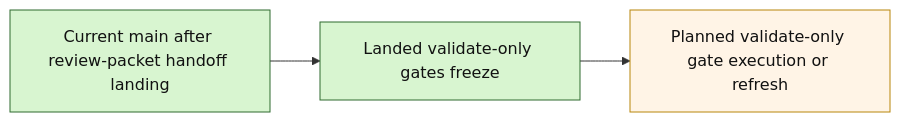
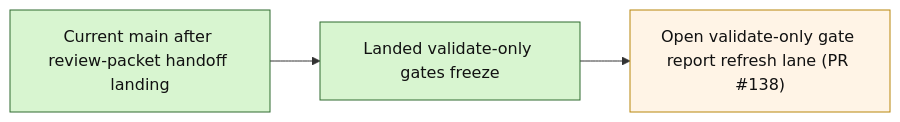
The second of 2 diagrams in next_milestone_plans/layer3_progress_board.md (benjmcd/project6_REPO_MCP_FOLDER), drawn with Mermaid before and after one commit. The commit also changed other lines of this file and 10 other files, not shown here.

Commit message:
fix(layer3): sync validate-only refresh lane

````diff
--- a/next_milestone_plans/layer3_progress_board.md
+++ b/next_milestone_plans/layer3_progress_board.md
@@ -177,12 +182,12 @@
 ```mermaid
 flowchart LR
     A["Current main after review-packet handoff landing"] --> B["Landed validate-only gates freeze"]
-    B --> C["Planned validate-only gate execution or refresh"]
+    B --> C["Open validate-only gate report refresh lane (PR #138)"]
 
     classDef done fill:#d8f5d0,stroke:#2f6b2f,color:#111;
     classDef next fill:#fff4e6,stroke:#b8860b,color:#111;
     classDef future fill:#e8e8e8,stroke:#666,color:#111;
 
     class A,B done;
     class C next;
 ```
````
